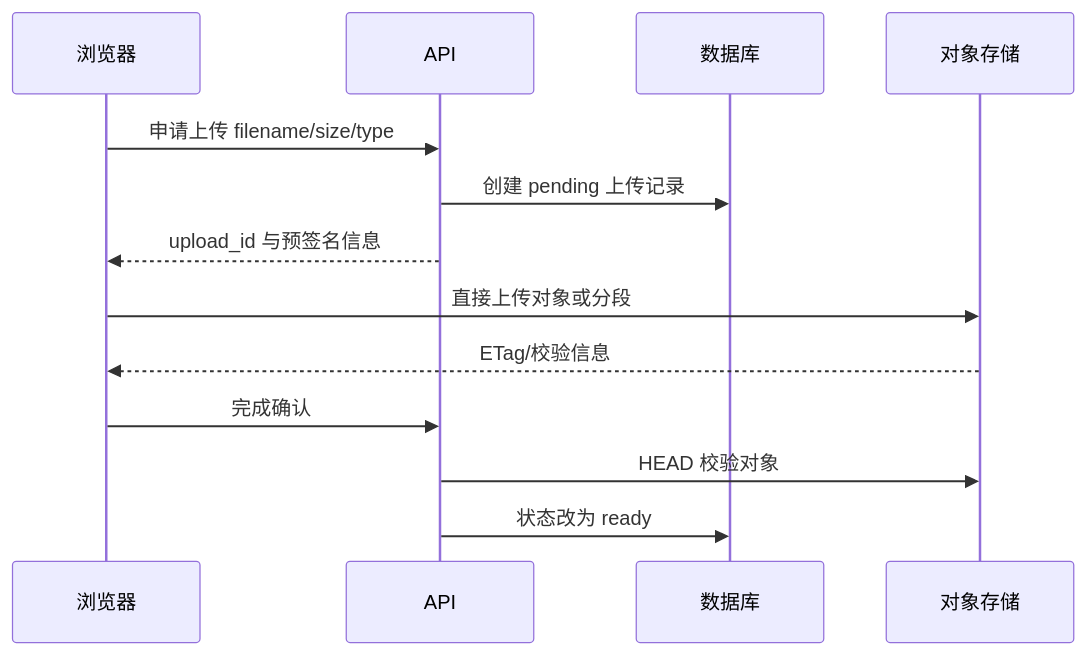
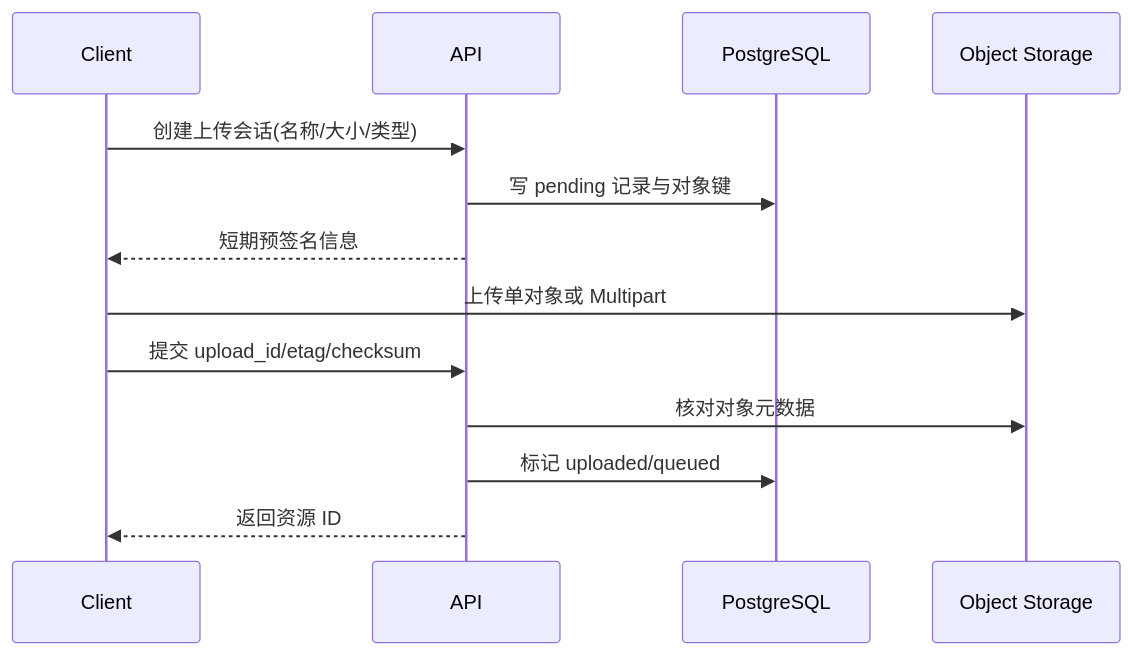
One commit to upJiang/jiang-blog-vitepress changed the diagram in docs/devops/object-storage-minio.md. Above: the diagram before and after it, drawn with Mermaid. The commit also changed other lines of this file and 425 other files, not shown here.

````diff
--- a/docs/devops/object-storage-minio.md
+++ b/docs/devops/object-storage-minio.md
@@ -34,15 +39,15 @@
 ```mermaid
 sequenceDiagram
-  participant C as 浏览器
+  participant C as Client
   participant A as API
-  participant D as 数据库
-  participant O as 对象存储
-  C->>A: 申请上传 filename/size/type
-  A->>D: 创建 pending 上传记录
-  A-->>C: upload_id 与预签名信息
-  C->>O: 直接上传对象或分段
-  O-->>C: ETag/校验信息
-  C->>A: 完成确认
-  A->>O: HEAD 校验对象
-  A->>D: 状态改为 ready
+  participant D as PostgreSQL
+  participant O as Object Storage
+  C->>A: 创建上传会话(名称/大小/类型)
+  A->>D: 写 pending 记录与对象键
+  A-->>C: 短期预签名信息
+  C->>O: 上传单对象或 Multipart
+  C->>A: 提交 upload_id/etag/checksum
+  A->>O: 核对对象元数据
+  A->>D: 标记 uploaded/queued
+  A-->>C: 返回资源 ID
 ```
````
